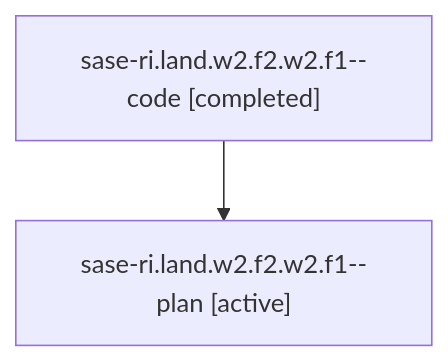
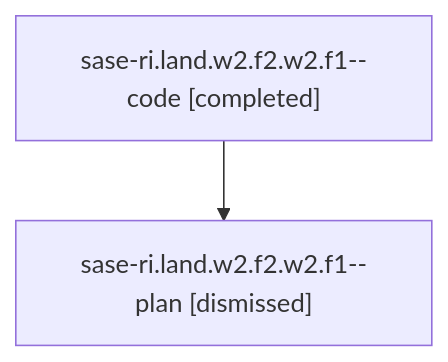
The diagram in sessions/bbugyi200.athena.sase-ri.land.w2.f2.w2.f1.md (sase-org/sase--agents), drawn with Mermaid before and after one commit. The commit also changed other lines of this file and 159 other files, not shown here.

````diff
--- a/sessions/bbugyi200.athena.sase-ri.land.w2.f2.w2.f1.md
+++ b/sessions/bbugyi200.athena.sase-ri.land.w2.f2.w2.f1.md
@@ -9,6 +9,6 @@
 ```mermaid
 flowchart TD
   n0["sase-ri.land.w2.f2.w2.f1--code [completed]"]
-  n1["sase-ri.land.w2.f2.w2.f1--plan [active]"]
+  n1["sase-ri.land.w2.f2.w2.f1--plan [dismissed]"]
   n0 --> n1
 ```
````
